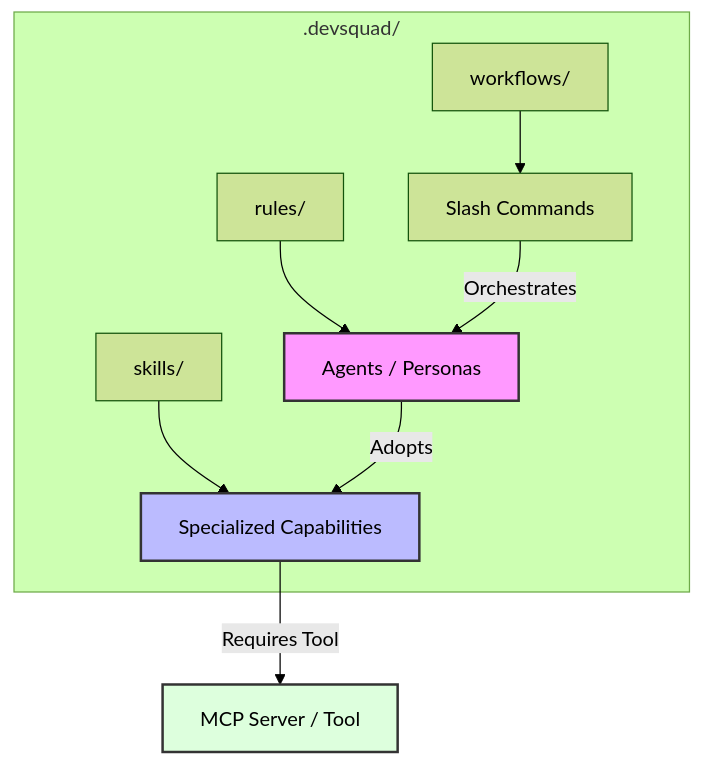
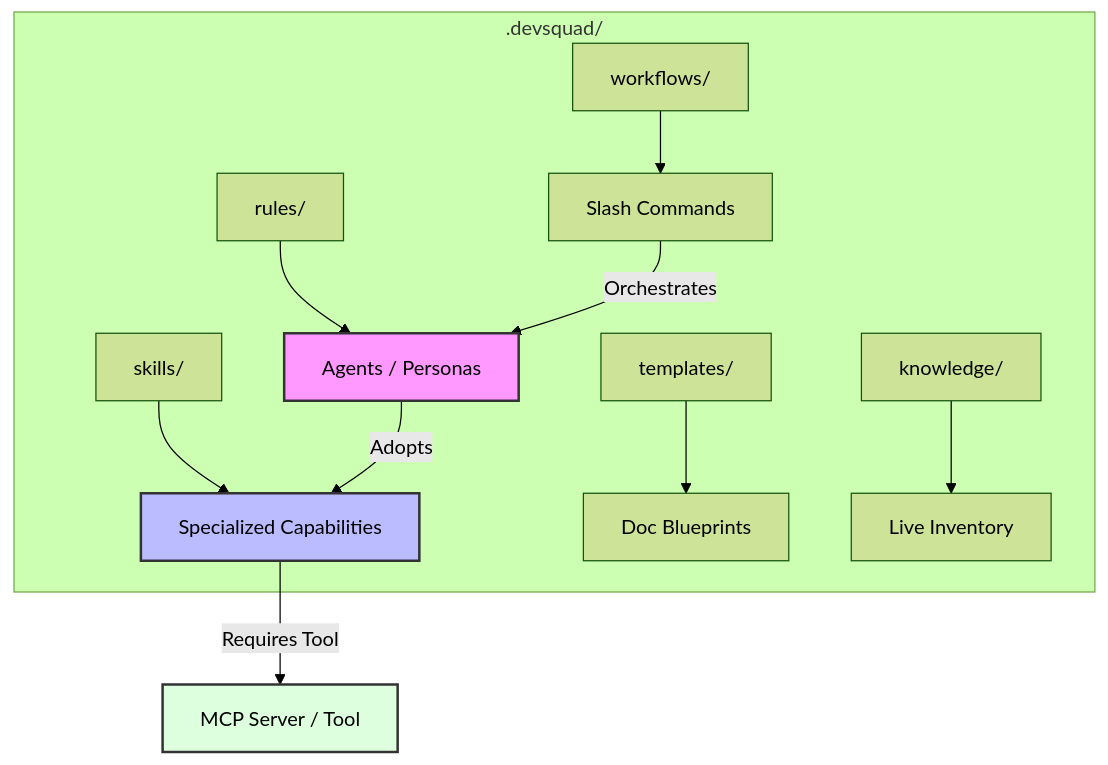
Before and after one commit to antonioreuter/dev-squad: the first of 2 diagrams in README.md, drawn with Mermaid (forest theme). The commit also changed other lines of this file and 3 other files, not shown here.

````diff
--- a/README.md
+++ b/README.md
@@ -34,16 +35,18 @@
 ```mermaid
 graph TD
     subgraph ".devsquad/"
         R["rules/"] --> A["Agents / Personas"]
         S["skills/"] --> Sk["Specialized Capabilities"]
         W["workflows/"] --> C["Slash Commands"]
+        Tpl["templates/"] --> Doc["Doc Blueprints"]
+        KB["knowledge/"] --> Inv["Live Inventory"]
     end
 
     A -- Adopts --> Sk
     Sk -- Requires Tool --> T["MCP Server / Tool"]
     C -- Orchestrates --> A
 
     style A fill:#f9f,stroke:#333,stroke-width:2px
     style Sk fill:#bbf,stroke:#333,stroke-width:2px
     style T fill:#dfd,stroke:#333,stroke-width:2px
 ```
````
